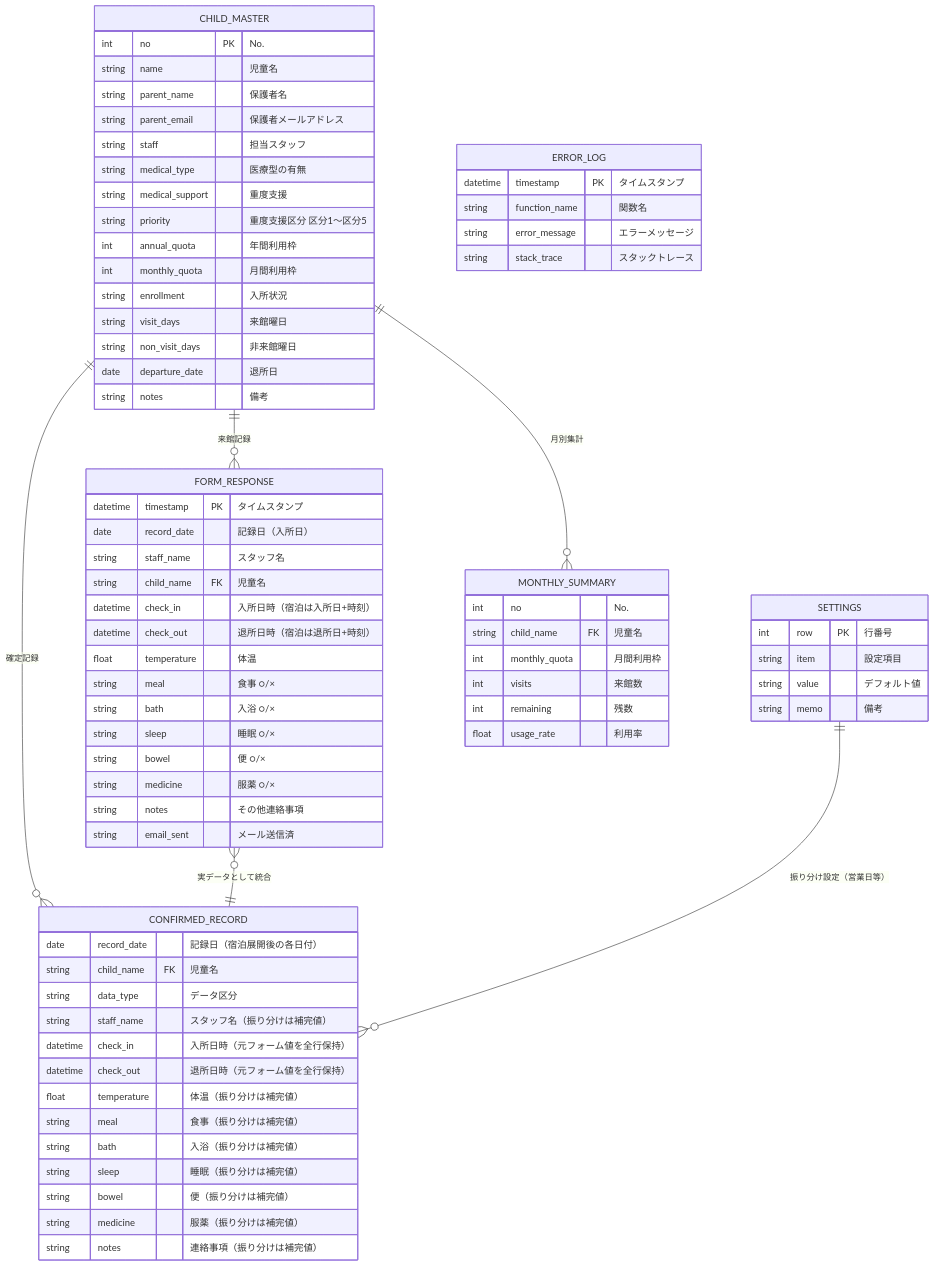
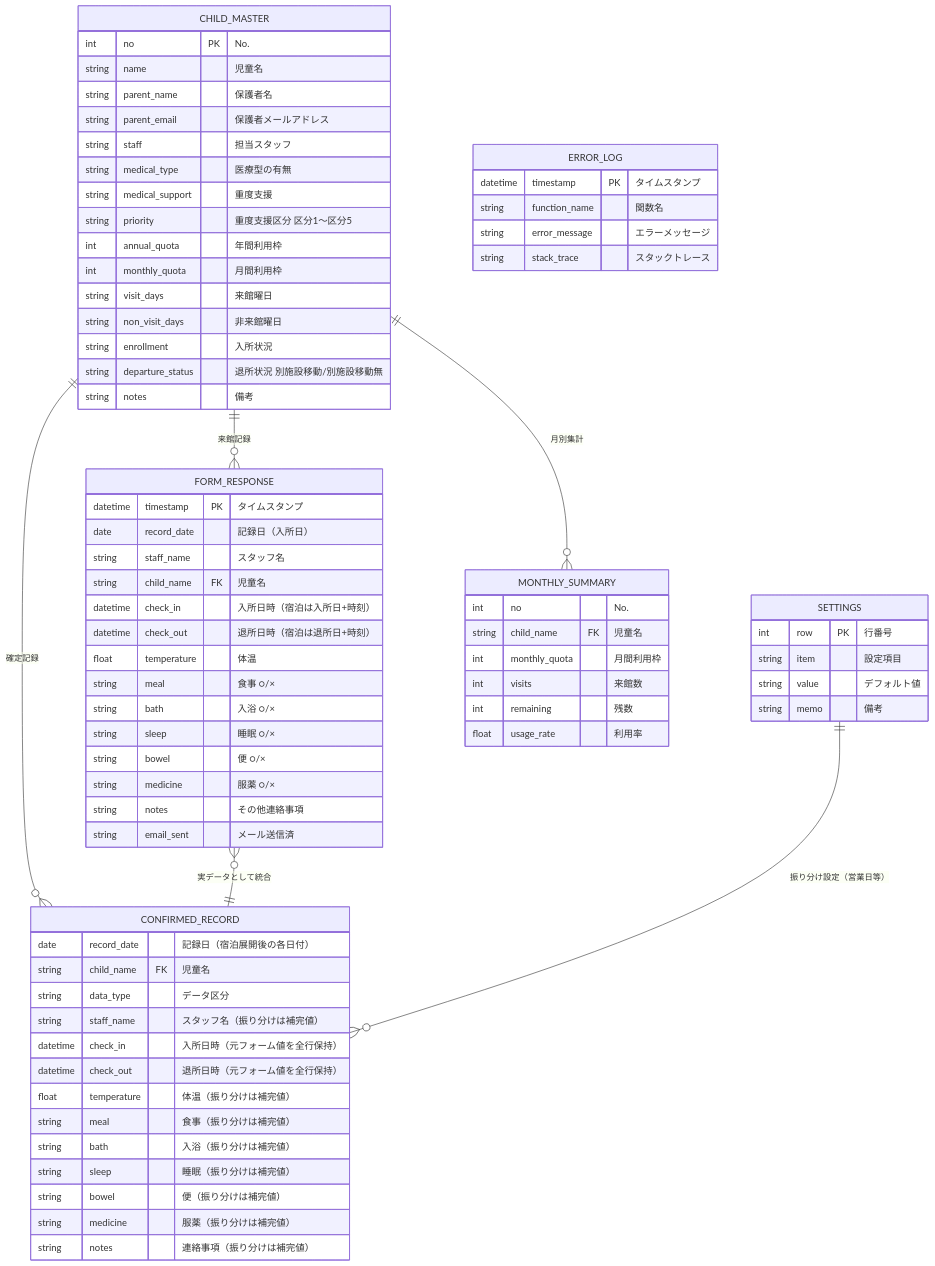
Before and after one commit to Tatetsu/oen-yorimado: the diagram in docs/er-diagram.md, drawn with Mermaid. The commit also changed other lines of this file and 307 other files, not shown here.

````diff
--- a/docs/er-diagram.md
+++ b/docs/er-diagram.md
@@ -5,82 +5,82 @@
 ```mermaid
 erDiagram
     CHILD_MASTER {
         int no PK "No."
         string name "児童名"
         string parent_name "保護者名"
         string parent_email "保護者メールアドレス"
         string staff "担当スタッフ"
         string medical_type "医療型の有無"
         string medical_support "重度支援"
         string priority "重度支援区分 区分1〜区分5"
         int annual_quota "年間利用枠"
         int monthly_quota "月間利用枠"
-        string enrollment "入所状況"
         string visit_days "来館曜日"
         string non_visit_days "非来館曜日"
-        date departure_date "退所日"
+        string enrollment "入所状況"
+        string departure_status "退所状況 別施設移動/別施設移動無"
         string notes "備考"
     }
 
     SETTINGS {
         int row PK "行番号"
         string item "設定項目"
         string value "デフォルト値"
         string memo "備考"
     }
 
     FORM_RESPONSE {
         datetime timestamp PK "タイムスタンプ"
         date record_date "記録日（入所日）"
         string staff_name "スタッフ名"
         string child_name FK "児童名"
         datetime check_in "入所日時（宿泊は入所日+時刻）"
         datetime check_out "退所日時（宿泊は退所日+時刻）"
         float temperature "体温"
         string meal "食事 ○/×"
         string bath "入浴 ○/×"
         string sleep "睡眠 ○/×"
         string bowel "便 ○/×"
         string medicine "服薬 ○/×"
         string notes "その他連絡事項"
         string email_sent "メール送信済"
     }
 
     ERROR_LOG {
         datetime timestamp PK "タイムスタンプ"
         string function_name "関数名"
         string error_message "エラーメッセージ"
         string stack_trace "スタックトレース"
     }
 
     CONFIRMED_RECORD {
         date record_date "記録日（宿泊展開後の各日付）"
         string child_name FK "児童名"
         string data_type "データ区分"
         string staff_name "スタッフ名（振り分けは補完値）"
         datetime check_in "入所日時（元フォーム値を全行保持）"
         datetime check_out "退所日時（元フォーム値を全行保持）"
         float temperature "体温（振り分けは補完値）"
         string meal "食事（振り分けは補完値）"
         string bath "入浴（振り分けは補完値）"
         string sleep "睡眠（振り分けは補完値）"
         string bowel "便（振り分けは補完値）"
         string medicine "服薬（振り分けは補完値）"
         string notes "連絡事項（振り分けは補完値）"
     }
 
     MONTHLY_SUMMARY {
         int no "No."
         string child_name FK "児童名"
         int monthly_quota "月間利用枠"
         int visits "来館数"
         int remaining "残数"
         float usage_rate "利用率"
     }
 
     CHILD_MASTER ||--o{ FORM_RESPONSE : "来館記録"
     CHILD_MASTER ||--o{ CONFIRMED_RECORD : "確定記録"
     CHILD_MASTER ||--o{ MONTHLY_SUMMARY : "月別集計"
     FORM_RESPONSE }o--|| CONFIRMED_RECORD : "実データとして統合"
     SETTINGS ||--o{ CONFIRMED_RECORD : "振り分け設定（営業日等）"
 ```
````
